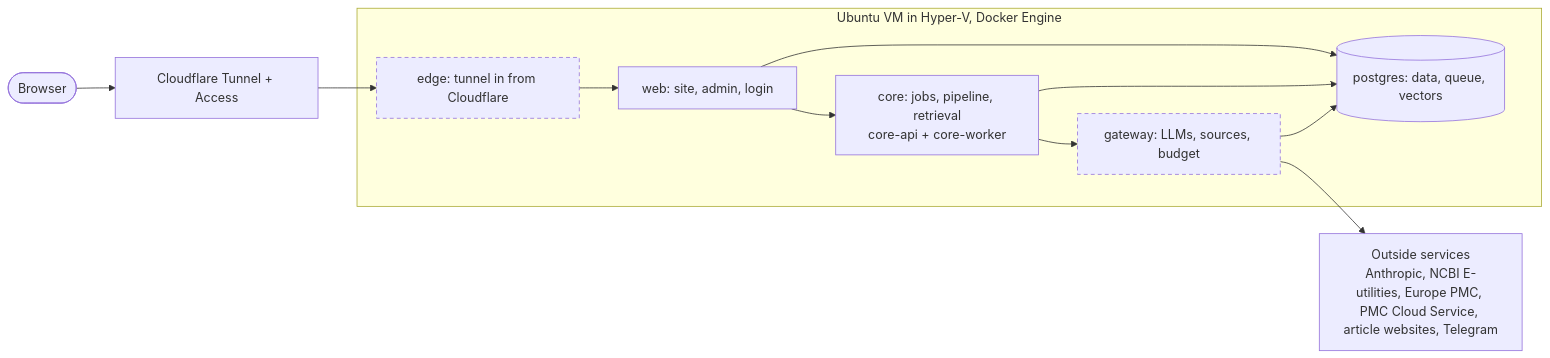
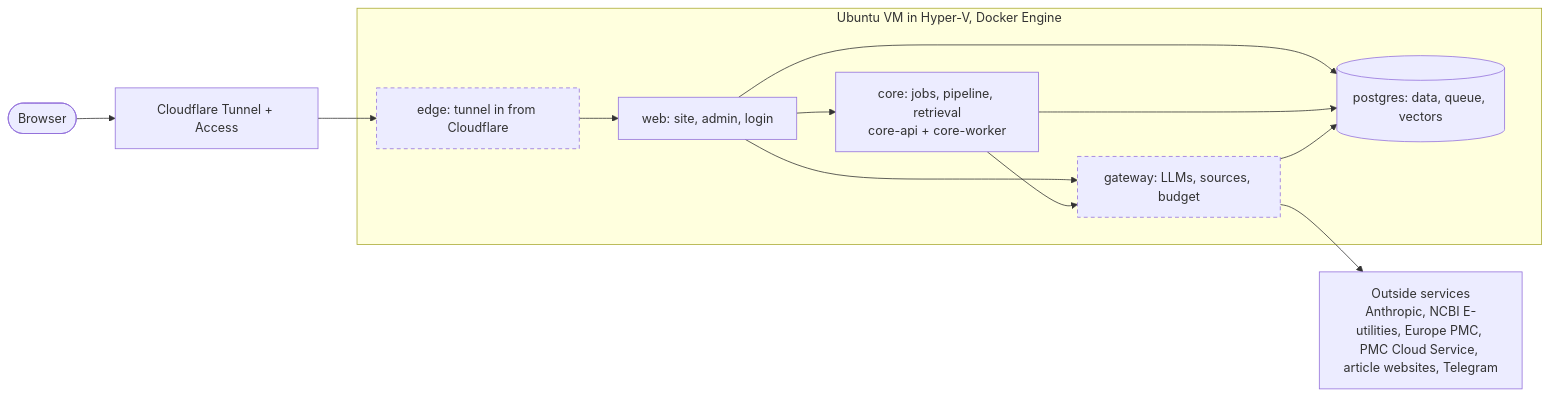
One commit to cg-rt/suppclaimcheck changed the diagram in README.md. Above: the diagram before and after it, drawn with Mermaid. The commit also changed 45 other files, not shown here.

````diff
--- a/README.md
+++ b/README.md
@@ -22,21 +22,22 @@
 ```mermaid
 flowchart LR
   client(["Browser"]) --> entry["Cloudflare Tunnel + Access"]
   subgraph host ["Ubuntu VM in Hyper-V, Docker Engine"]
     m_edge["edge: tunnel in from Cloudflare"]
     m_web["web: site, admin, login"]
     m_core["core: jobs, pipeline, retrieval<br/>core-api + core-worker"]
     m_gateway["gateway: LLMs, sources, budget"]
     m_postgres[("postgres: data, queue, vectors")]
   end
   entry --> m_edge
   m_edge --> m_web
   m_web --> m_core
+  m_web --> m_gateway
   m_web --> m_postgres
   m_core --> m_postgres
   m_core --> m_gateway
   m_gateway --> m_postgres
   m_gateway --> x_gateway["Outside services<br/>Anthropic, NCBI E-utilities, Europe PMC, PMC Cloud Service, article websites, Telegram"]
   classDef egress stroke-dasharray: 5 4
   class m_edge,m_gateway egress
 ```
````
